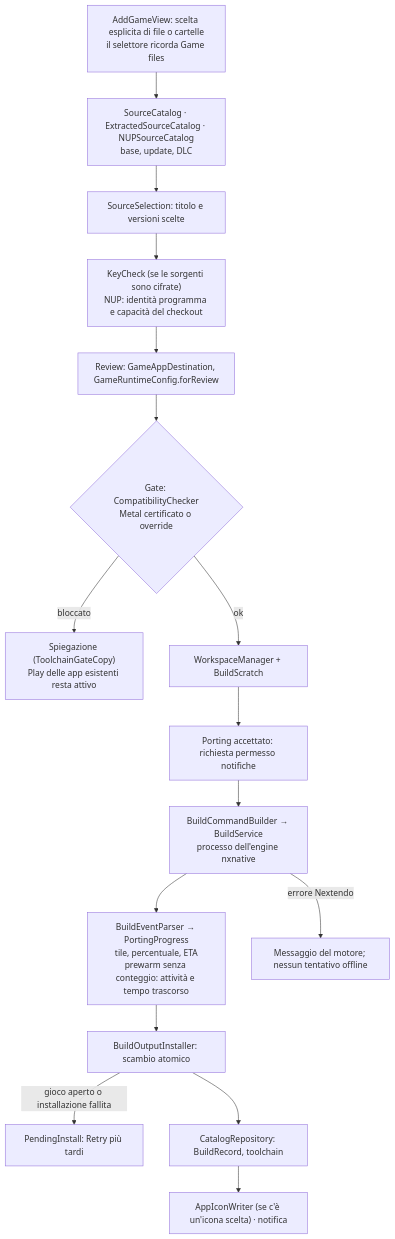
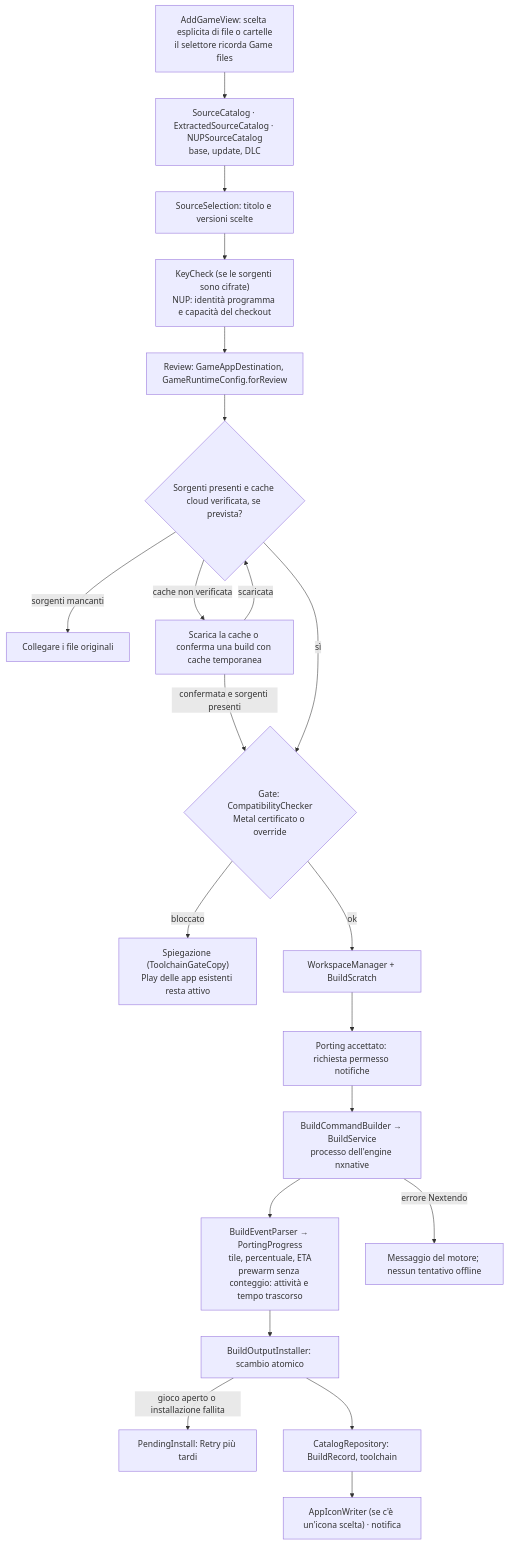
Before and after one commit to sofianbll/NxLibrary: the fifth of 9 diagrams in docs/how-it-works/flows.md, drawn with Mermaid. The commit also changed 27 other files, not shown here.

````diff
--- a/docs/how-it-works/flows.md
+++ b/docs/how-it-works/flows.md
@@ -118,18 +118,23 @@
 ```mermaid
 flowchart TD
     A["AddGameView: scelta esplicita di file o cartelle<br/>il selettore ricorda Game files"] --> B["SourceCatalog · ExtractedSourceCatalog · NUPSourceCatalog<br/>base, update, DLC"]
     B --> C["SourceSelection: titolo e versioni scelte"]
     C --> D["KeyCheck (se le sorgenti sono cifrate)<br/>NUP: identità programma e capacità del checkout"]
     D --> E["Review: GameAppDestination, GameRuntimeConfig.forReview"]
-    E --> F{"Gate: CompatibilityChecker<br/>Metal certificato o override"}
+    E --> R{"Sorgenti presenti e cache cloud verificata, se prevista?"}
+    R -->|"sorgenti mancanti"| S["Collegare i file originali"]
+    R -->|"cache non verificata"| T["Scarica la cache o conferma una build con cache temporanea"]
+    T -->|"scaricata"| R
+    T -->|"confermata e sorgenti presenti"| F
+    R -->|"sì"| F{"Gate: CompatibilityChecker<br/>Metal certificato o override"}
     F -->|"bloccato"| Z["Spiegazione (ToolchainGateCopy)<br/>Play delle app esistenti resta attivo"]
     F -->|"ok"| G["WorkspaceManager + BuildScratch"]
     G --> N["Porting accettato: richiesta permesso notifiche"]
     N --> H["BuildCommandBuilder → BuildService<br/>processo dell'engine nxnative"]
     H --> I["BuildEventParser → PortingProgress<br/>tile, percentuale, ETA<br/>prewarm senza conteggio: attività e tempo trascorso"]
     H -->|"errore Nextendo"| X["Messaggio del motore; nessun tentativo offline"]
     I --> J["BuildOutputInstaller: scambio atomico"]
     J -->|"gioco aperto o installazione fallita"| K["PendingInstall: Retry più tardi"]
     J --> L["CatalogRepository: BuildRecord, toolchain"]
     L --> M["AppIconWriter (se c'è un'icona scelta) · notifica"]
 ```
````
